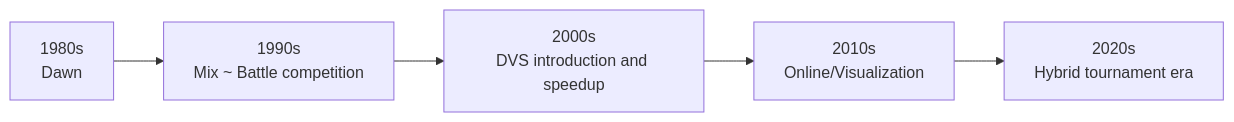
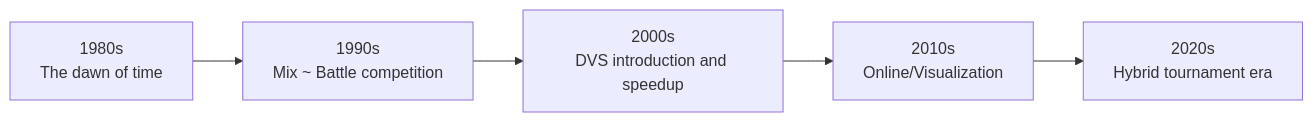
The third of 9 diagrams in en/_posts/2025-11-23-column-dmc-world-dj-championship.md (monumental-movement/monumental-movement.github.io), drawn with Mermaid before and after one commit. The commit also changed other lines of this file and 375 other files, not shown here.

```diff
--- a/en/_posts/2025-11-23-column-dmc-world-dj-championship.md
+++ b/en/_posts/2025-11-23-column-dmc-world-dj-championship.md
@@ -289,7 +289,7 @@
 <div class="mermaid">
 flowchart LR
-    A[1980s<br>Dawn] --> B[1990s<br>Mix ~ Battle competition]
+    A[1980s<br>The dawn of time] --> B[1990s<br>Mix ~ Battle competition]
     B --> C[2000s<br>DVS introduction and speedup]
     C --> D[2010s<br>Online/Visualization]
     D --> E[2020s<br>Hybrid tournament era]
 </div>
```
